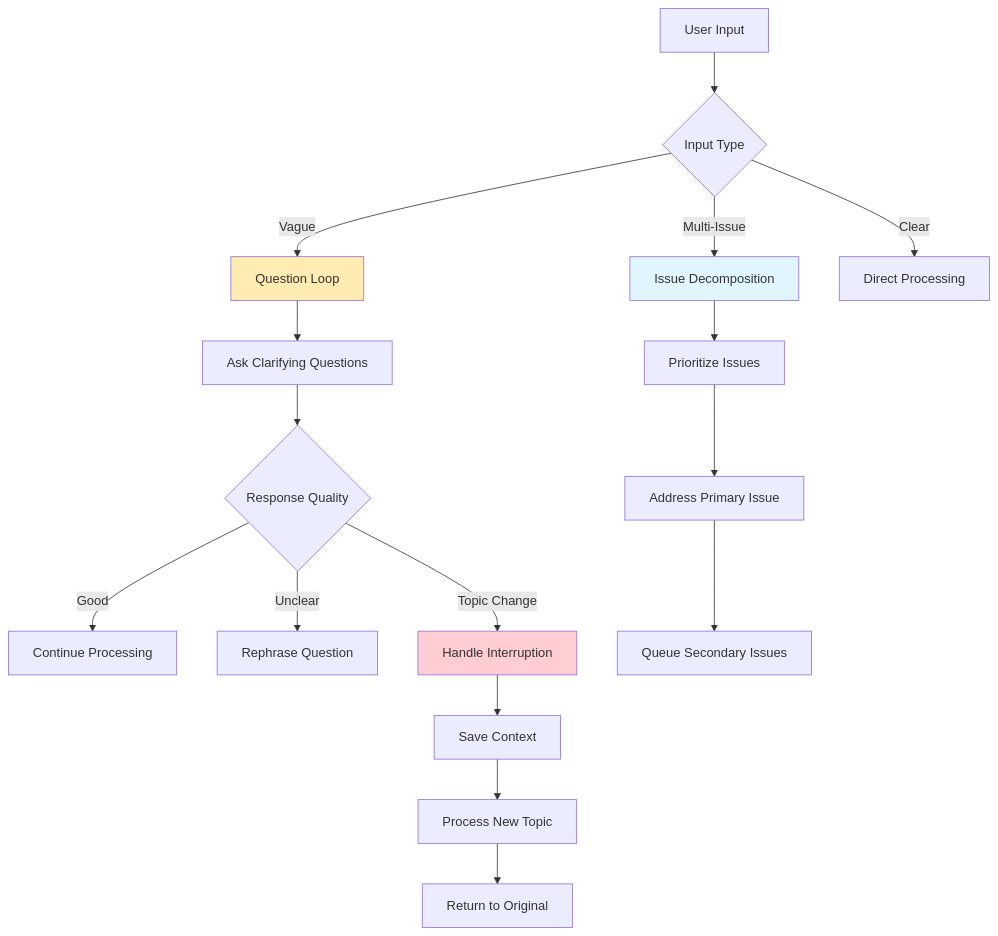
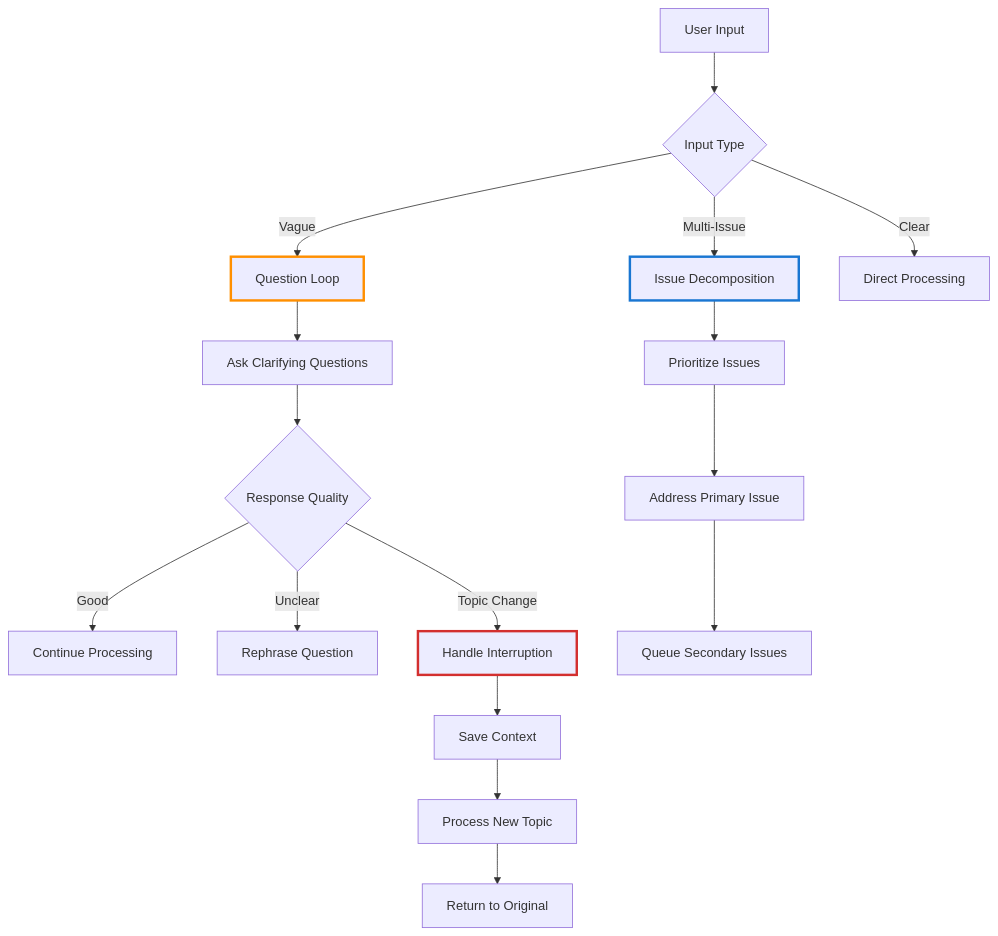
One commit to dextersjab/agentic-workbench-langgraph changed the third of 7 diagrams in README.md. Above: the diagram before and after it, drawn with Mermaid. The commit also changed other lines of this file, not shown here.

````diff
--- a/README.md
+++ b/README.md
@@ -103,25 +103,25 @@
 ```mermaid
 flowchart TD
     A[User Input] --> B{Input Type}
     B -->|Vague| C[Question Loop]
     B -->|Multi-Issue| D[Issue Decomposition]
     B -->|Clear| E[Direct Processing]
     
     C --> F[Ask Clarifying Questions]
     F --> G{Response Quality}
     G -->|Good| H[Continue Processing]
     G -->|Unclear| I[Rephrase Question]
     G -->|Topic Change| J[Handle Interruption]
     
     D --> K[Prioritize Issues]
     K --> L[Address Primary Issue]
     L --> M[Queue Secondary Issues]
     
     J --> N[Save Context]
     N --> O[Process New Topic]
     O --> P[Return to Original]
     
-    style C fill:#ffecb3
-    style J fill:#ffcdd2
-    style D fill:#e1f5fe
+    style C stroke:#ff8f00,stroke-width:3px
+    style J stroke:#d32f2f,stroke-width:3px
+    style D stroke:#1976d2,stroke-width:3px
 ```
````
